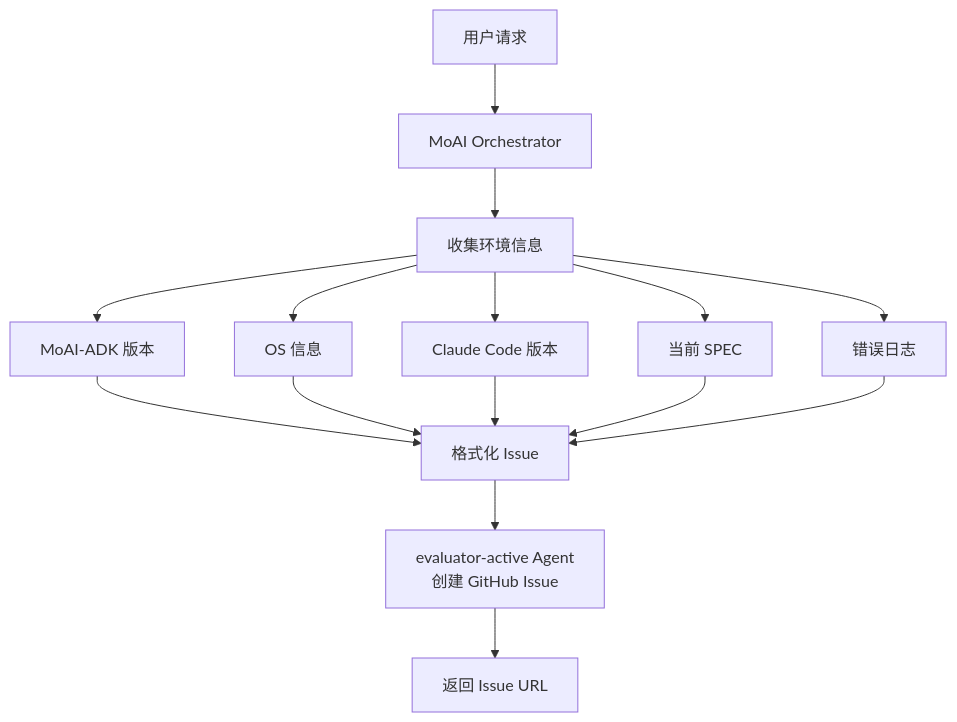
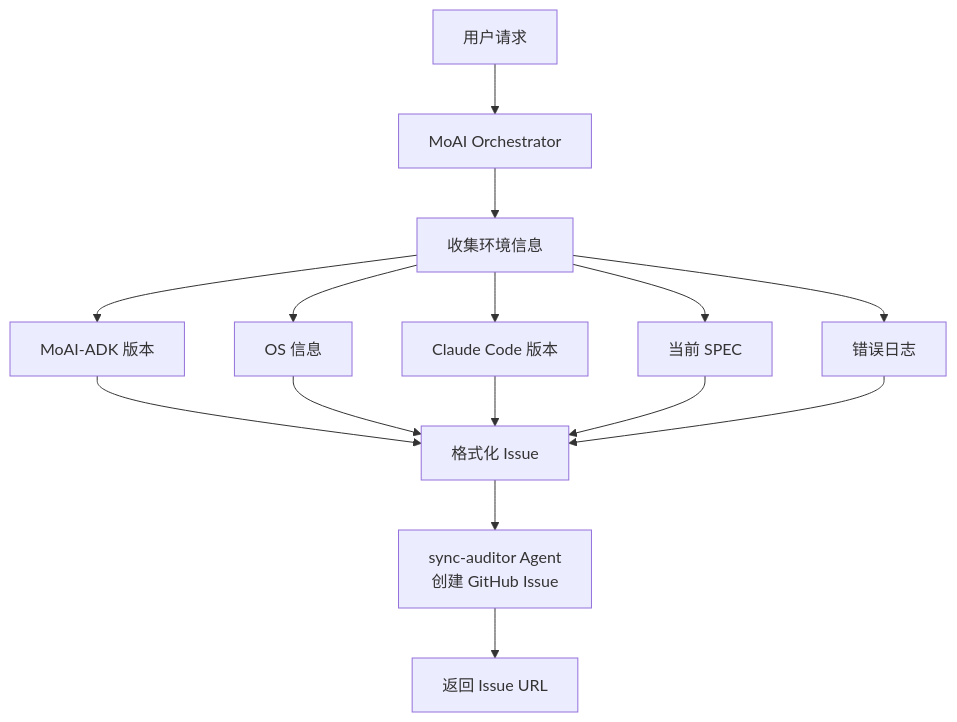
The second of 2 diagrams in docs-site/content/zh/utility-commands/moai-feedback.md (modu-ai/moai-adk), drawn with Mermaid before and after one commit. The commit also changed other lines of this file and 149 other files, not shown here.

First line of the commit message:
chore(agents): evaluator-active를 sync-auditor로 rename (plan-auditor phase 대칭)

````diff
--- a/docs-site/content/zh/utility-commands/moai-feedback.md
+++ b/docs-site/content/zh/utility-commands/moai-feedback.md
@@ -126,20 +126,20 @@
 ```mermaid
 flowchart TD
     User["用户请求"] --> Orchestrator["MoAI Orchestrator"]
     Orchestrator --> Collect["收集环境信息"]
 
     Collect --> Info1["MoAI-ADK 版本"]
     Collect --> Info2["OS 信息"]
     Collect --> Info3["Claude Code 版本"]
     Collect --> Info4["当前 SPEC"]
     Collect --> Info5["错误日志"]
 
     Info1 --> Format["格式化 Issue"]
     Info2 --> Format
     Info3 --> Format
     Info4 --> Format
     Info5 --> Format
 
-    Format --> GitHub["evaluator-active Agent<br/>创建 GitHub Issue"]
+    Format --> GitHub["sync-auditor Agent<br/>创建 GitHub Issue"]
     GitHub --> Complete["返回 Issue URL"]
 ```
````
